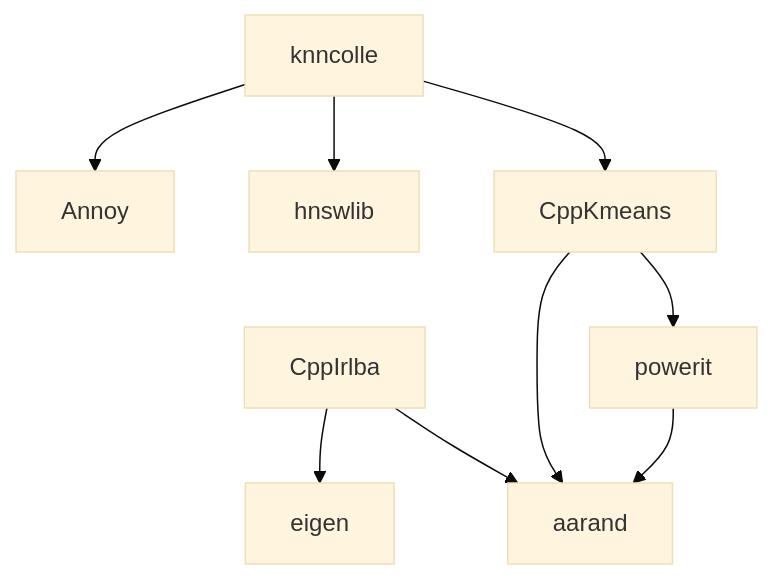
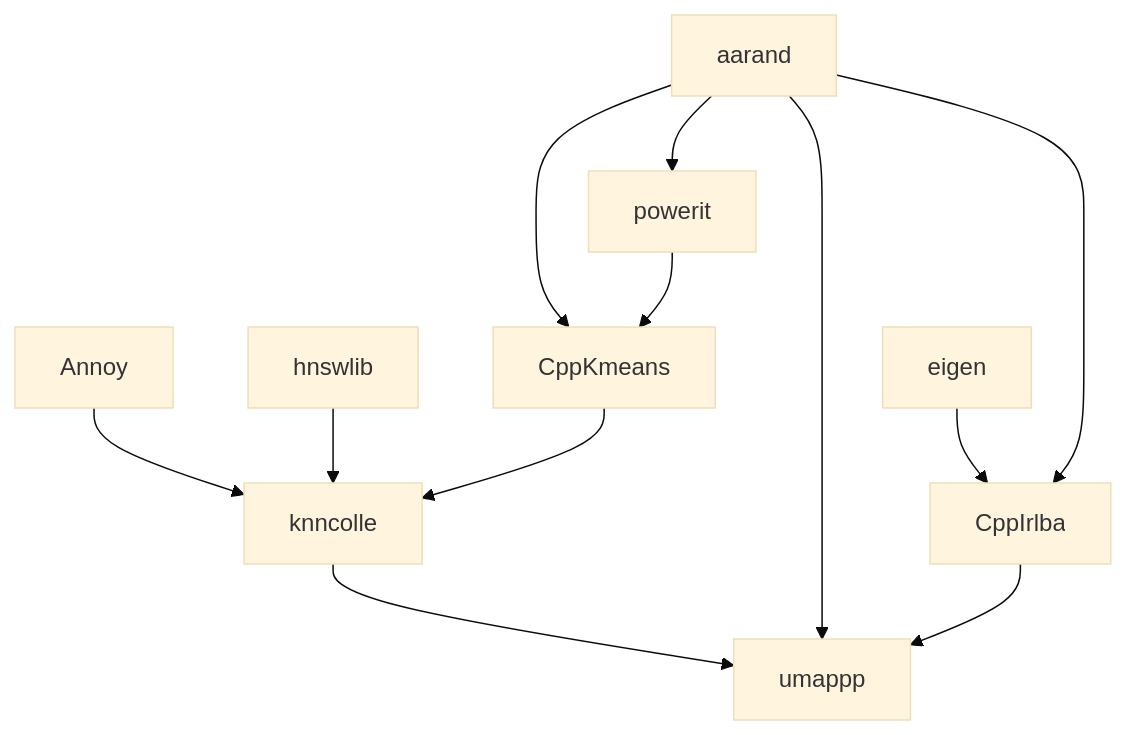
Before and after one commit to kojix2/ruby-umappp: the diagram in README.md, drawn with Mermaid (base theme).

Commit message:
Update README.md
dependency graph

````diff
--- a/README.md
+++ b/README.md
@@ -62,11 +62,14 @@
 ```mermaid
 graph TD;
-    CppIrlba-->eigen;
-    CppIrlba-->aarand;
-    knncolle-->Annoy;
-    knncolle-->hnswlib;
-    knncolle-->CppKmeans;
-    CppKmeans-->aarand;
-    CppKmeans-->powerit;
-    powerit-->aarand;
+    eigen-->CppIrlba;
+    aarand-->CppIrlba;
+    Annoy-->knncolle;
+    hnswlib-->knncolle;
+    CppKmeans-->knncolle;
+    aarand-->CppKmeans;
+    powerit-->CppKmeans;
+    aarand-->powerit;
+    knncolle-->umappp;
+    aarand-->umappp;
+    CppIrlba-->umappp;
 ```
````
